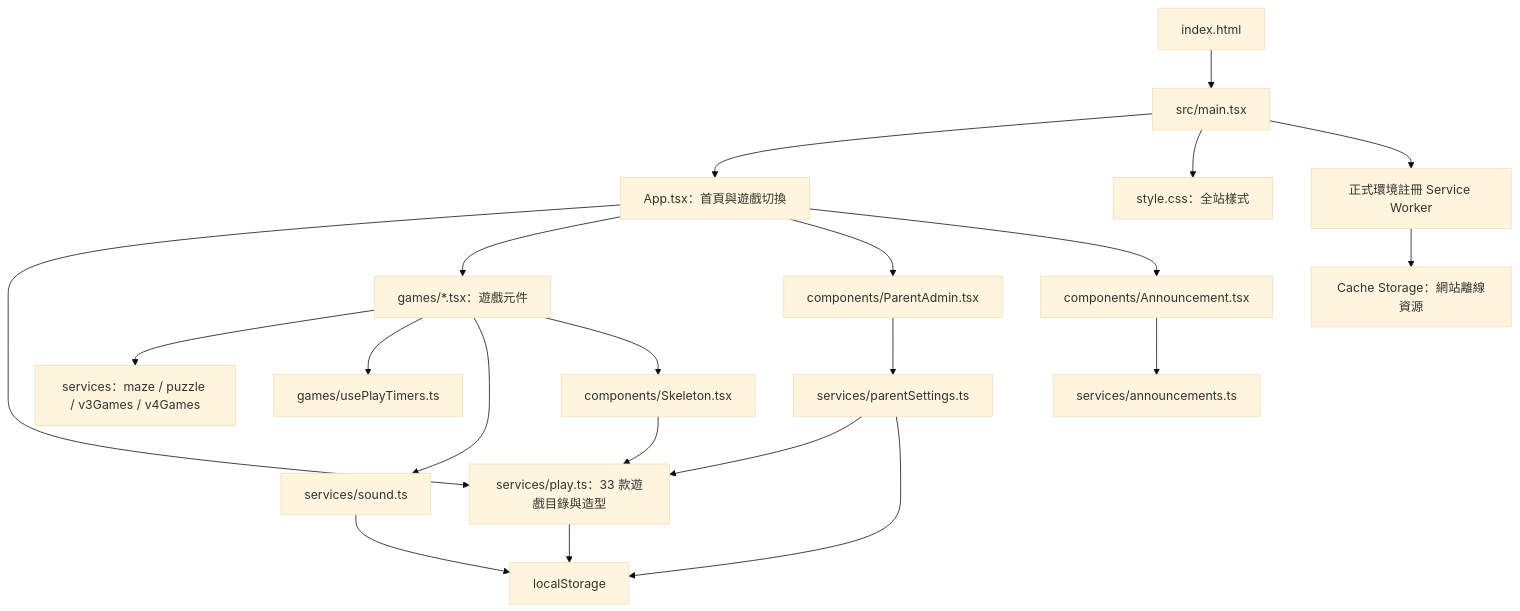
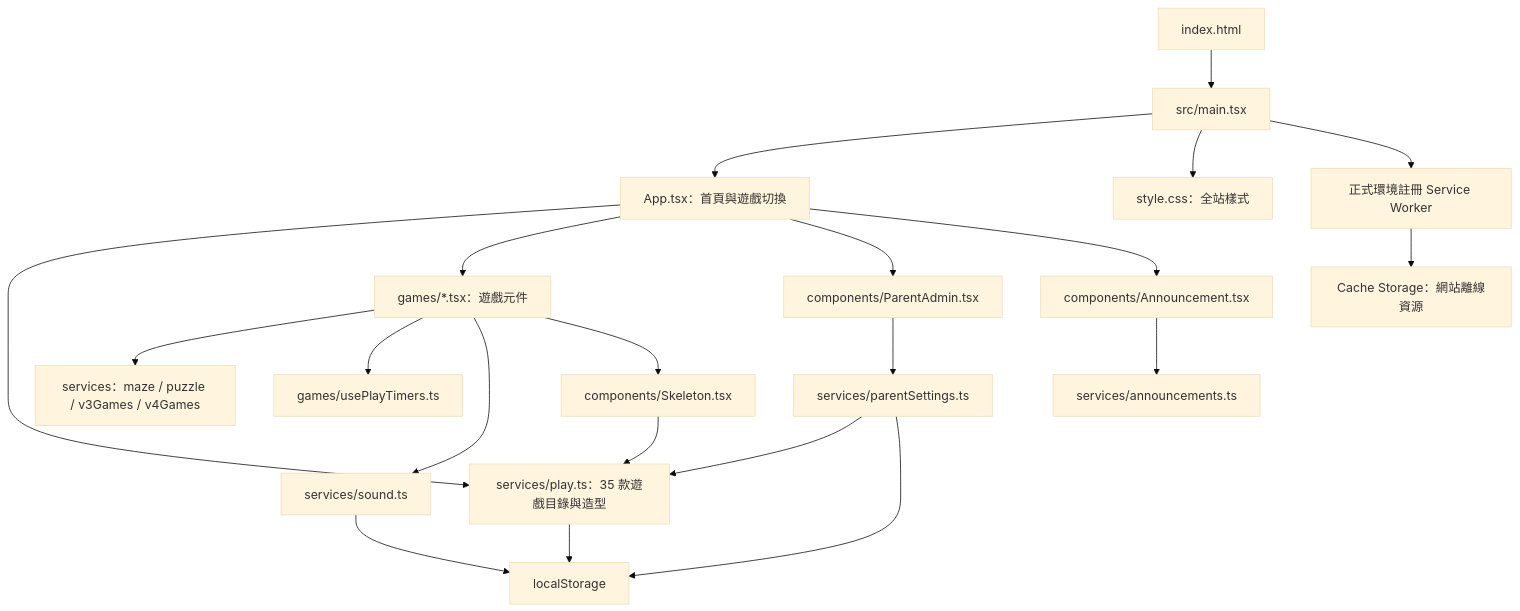
Before and after one commit to kfed0526/skeleton-playground: the first of 2 diagrams in PROJECT_MAP.md, drawn with Mermaid (base theme). The commit also changed other lines of this file and 10 other files, not shown here.

````diff
--- a/PROJECT_MAP.md
+++ b/PROJECT_MAP.md
@@ -11,23 +11,23 @@
 ```mermaid
 flowchart TD
   HTML[index.html] --> MAIN[src/main.tsx]
   MAIN --> APP[App.tsx：首頁與遊戲切換]
   MAIN --> STYLE[style.css：全站樣式]
   MAIN --> SW[正式環境註冊 Service Worker]
-  APP --> CATALOG[services/play.ts：33 款遊戲目錄與造型]
+  APP --> CATALOG[services/play.ts：35 款遊戲目錄與造型]
   APP --> GAMES[games/*.tsx：遊戲元件]
   APP --> PARENT[components/ParentAdmin.tsx]
   APP --> NEWS[components/Announcement.tsx]
   NEWS --> RELEASE[services/announcements.ts]
   PARENT --> SETTINGS[services/parentSettings.ts]
   SETTINGS --> CATALOG
   GAMES --> RULES[services：maze / puzzle / v3Games / v4Games]
   GAMES --> TIMER[games/usePlayTimers.ts]
   GAMES --> SOUND[services/sound.ts]
   GAMES --> SKEL[components/Skeleton.tsx]
   SKEL --> CATALOG
   CATALOG --> STORE[localStorage]
   SETTINGS --> STORE
   SOUND --> STORE
   SW --> CACHE[Cache Storage：網站離線資源]
 ```
````
